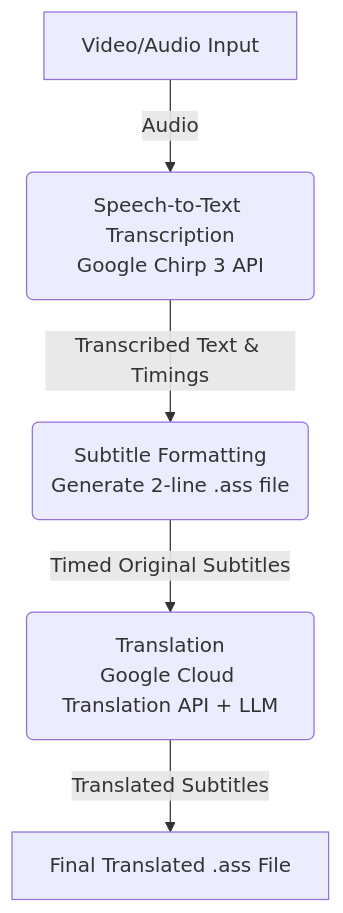
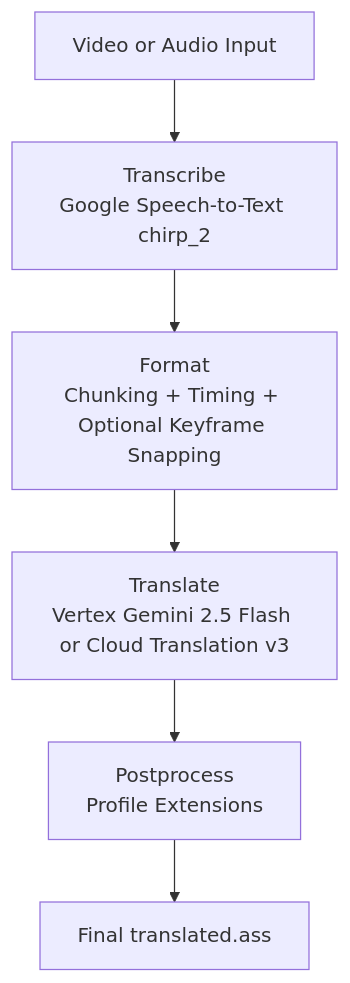
The diagram in README.md (ahuei123456/autosub), drawn with Mermaid before and after one commit. The commit also changed other lines of this file and 1 other file, not shown here.

````diff
--- a/README.md
+++ b/README.md
@@ -20,7 +14,8 @@
 ```mermaid
 graph TD
-    A[Video/Audio Input] -->|Audio| B(Speech-to-Text Transcription<br>Google Chirp 3 API)
-    B -->|Transcribed Text & Timings| C(Subtitle Formatting<br>Generate 2-line .ass file)
-    C -->|Timed Original Subtitles| D(Translation<br>Google Cloud Translation API + LLM)
-    D -->|Translated Subtitles| E[Final Translated .ass File]
+    A[Video or Audio Input] --> B[Transcribe<br/>Google Speech-to-Text chirp_2]
+    B --> C[Format<br/>Chunking + Timing + Optional Keyframe Snapping]
+    C --> D[Translate<br/>Vertex Gemini 2.5 Flash or Cloud Translation v3]
+    D --> E[Postprocess<br/>Profile Extensions]
+    E --> F[Final translated.ass]
 ```
````
